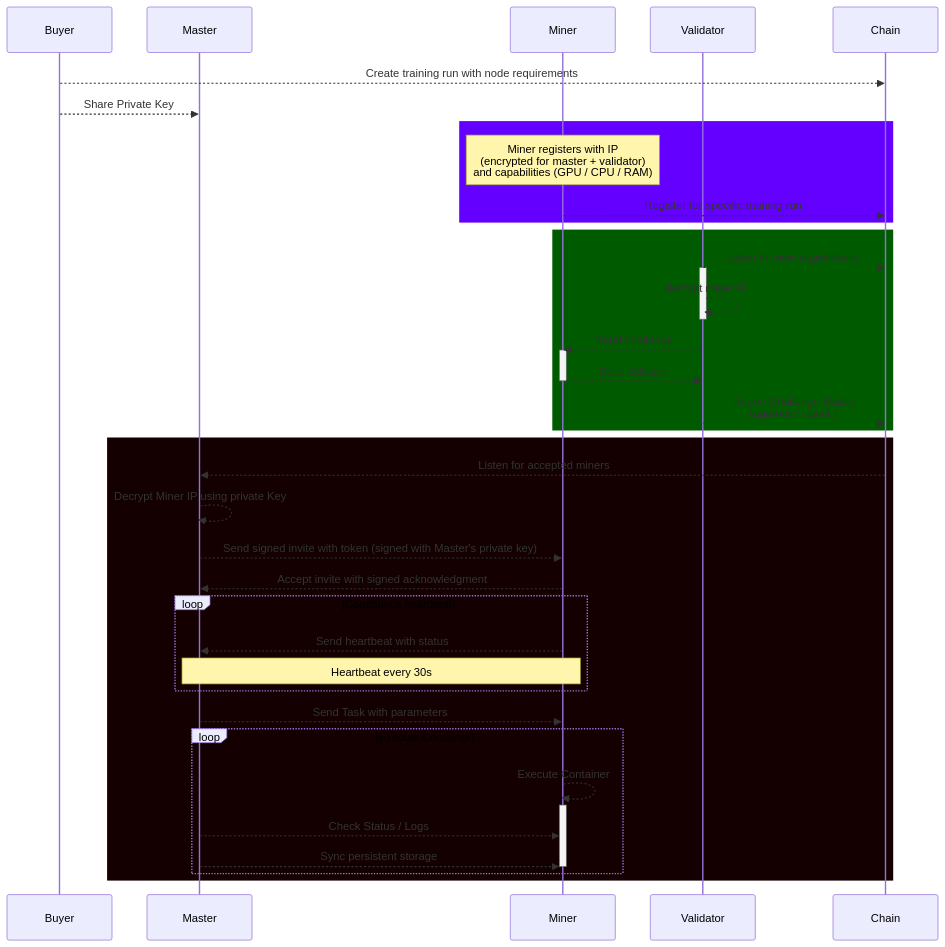
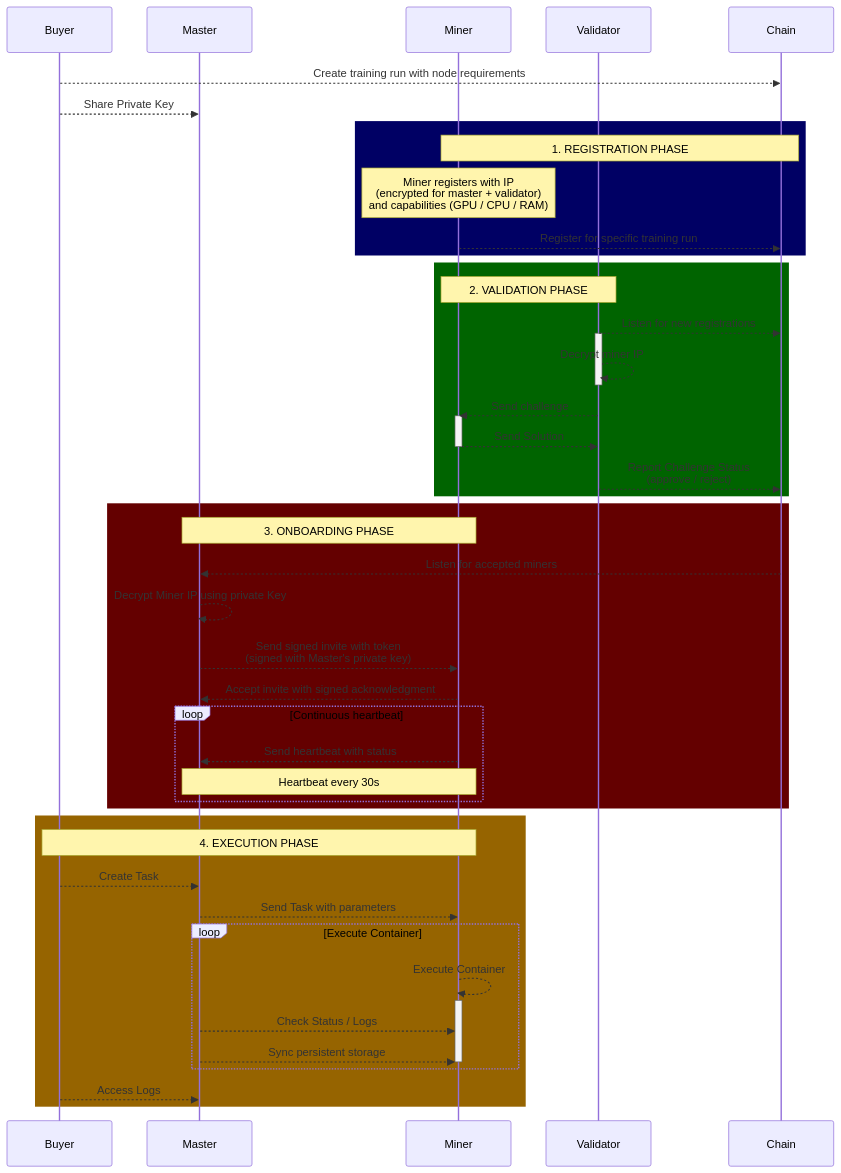
Before and after one commit to PrimeIntellect-ai/protocol: the diagram in README.md, drawn with Mermaid. The commit also changed other lines of this file, not shown here.

Commit message:
Add titles and change colors

````diff
--- a/README.md
+++ b/README.md
@@ -4,53 +5,56 @@
 ```mermaid
 sequenceDiagram  
-
 participant B as Buyer
-participant MA as Master 
-participant MA as Master 
+participant MA as Master
 participant M as Miner  
 participant V as Validator
 participant C as Chain  
 
-B -->> C: Create training run with node requirements
-B -->> MA: Share Private Key 
+B-->>C: Create training run with node requirements
+B-->>MA: Share Private Key 
 
-rect rgb(100, 0, 255)
-    Note over M: Miner registers with IP<br />(encrypted for master + validator)<br/>and capabilities (GPU / CPU / RAM)
-    M -->> C: Register for specific training run
+rect rgb(0, 0, 100)
+    Note over M,C: 1. REGISTRATION PHASE
+    Note over M: Miner registers with IP<br/>(encrypted for master + validator)<br/>and capabilities (GPU / CPU / RAM)
+    M-->>C: Register for specific training run
 end 
 
-rect rgb(0, 90, 0)
-V -->> C: Listen for new registrations
-activate V 
-V -->> V: decrypt miner IP
-deactivate V
-V -->> M: Send challenge
-activate M
-M -->> V: Send Solution 
-deactivate M
-V -->> C: Report Challenge Status <br /> (approve / reject )
-
+rect rgb(0, 100, 0)
+    Note over V,M: 2. VALIDATION PHASE
+    V-->>C: Listen for new registrations
+    activate V 
+    V-->>V: Decrypt miner IP
+    deactivate V
+    V-->>M: Send challenge
+    activate M
+    M-->>V: Send Solution 
+    deactivate M
+    V-->>C: Report Challenge Status<br/>(approve / reject)
 end  
 
-rect rgb(20, 0, 0)
-C -->> MA: Listen for accepted miners 
-MA -->> MA: Decrypt Miner IP using private Key
-MA -->> M: Send signed invite with token (signed with Master's private key)
-M -->> MA: Accept invite with signed acknowledgment
+rect rgb(100, 0, 0)
+    Note over MA,M: 3. ONBOARDING PHASE
+    C-->>MA: Listen for accepted miners 
+    MA-->>MA: Decrypt Miner IP using private Key
+    MA-->>M: Send signed invite with token<br/>(signed with Master's private key)
+    M-->>MA: Accept invite with signed acknowledgment
+    loop Continuous heartbeat
+        M-->>MA: Send heartbeat with status
+        Note over M,MA: Heartbeat every 30s
+    end 
+end  
 
-loop Continuous heartbeat
-    M -->> MA: Send heartbeat with status
-    Note over M,MA: Heartbeat every 30s
-end
-
-MA -->> M: Send Task with parameters
-loop Execute Container
-    M -->> M: Execute Container
-    activate M
-    MA -->> M: Check Status / Logs 
-    MA -->> M: Sync persistent storage 
-    deactivate M
-end
-
+rect rgb(150, 100, 0)
+    Note over B,M: 4. EXECUTION PHASE
+    B-->>MA: Create Task
+    MA-->>M: Send Task with parameters
+    loop Execute Container
+        M-->>M: Execute Container
+        activate M
+        MA-->>M: Check Status / Logs 
+        MA-->>M: Sync persistent storage 
+        deactivate M
+    end
+    B-->>MA: Access Logs 
 end
 ```
````
